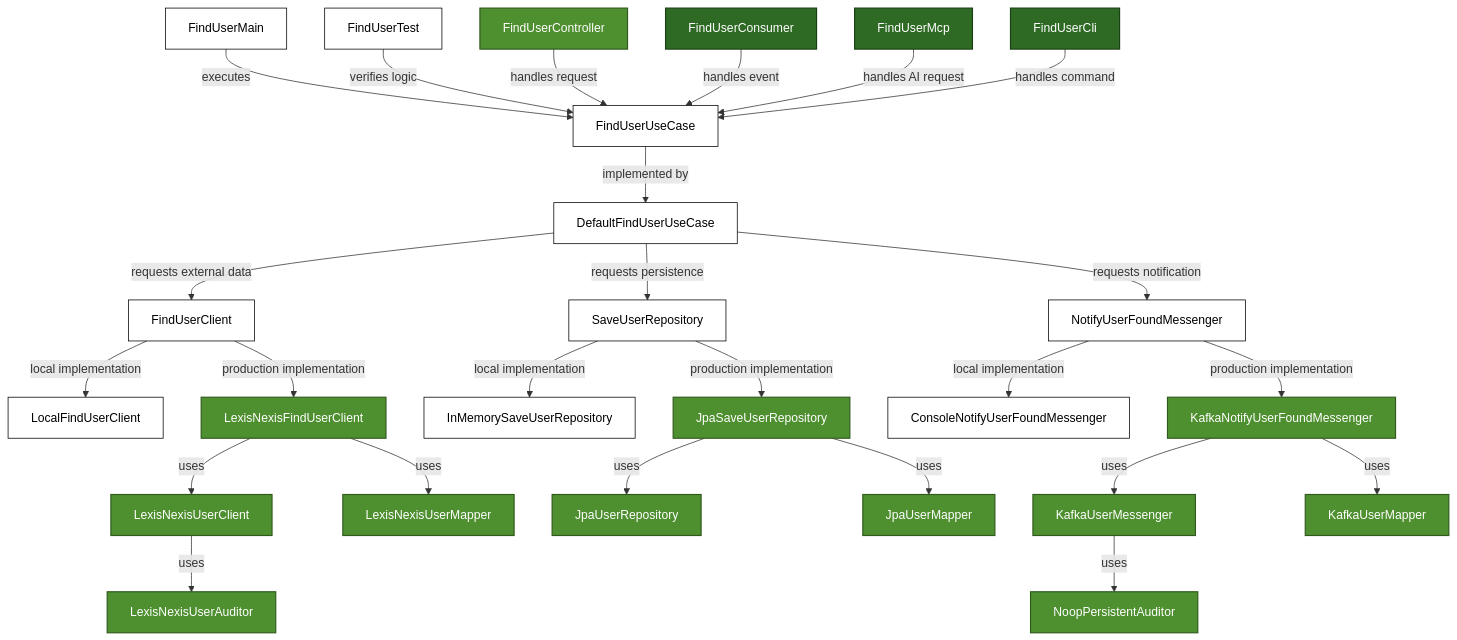
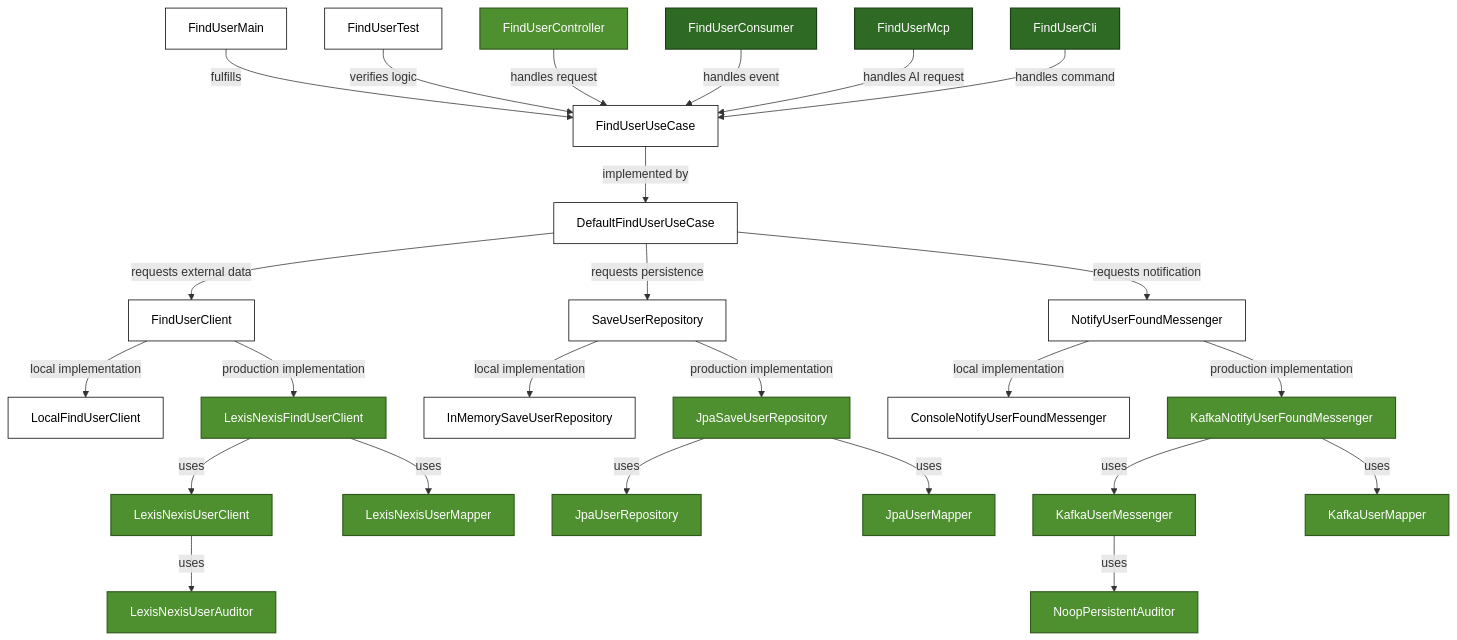
Before and after one commit to hermi-projects/hermi: the diagram in README.md, drawn with Mermaid. The commit also changed other lines of this file, not shown here.

````diff
--- a/README.md
+++ b/README.md
@@ -739,65 +740,65 @@
 ```mermaid
 graph TD
     %% Main Shell
-    S_Main[FindUserMain] -->|executes| U_UseCase
+    S_Main[FindUserMain] -->|fulfills| U_UseCase
 
     %% JUnit Shell
     S_JUnit[FindUserTest] -->|verifies logic| U_UseCase
     
     %% API Shell
     S_Api[FindUserController] -->|handles request| U_UseCase
 
     %% Consumer Shell
     S_Consumer[FindUserConsumer] -->|handles event| U_UseCase
 
     %% AI Shell
     S_Ai[FindUserMcp] -->|handles AI request| U_UseCase
 
     %% CLI Shell
     S_Cli[FindUserCli] -->|handles command| U_UseCase
 
     %% Use Case Interface -> Default Implementation
     U_UseCase[FindUserUseCase] -->|implemented by| U_Default[DefaultFindUserUseCase]
     
     %% Default Implementation -> Contracts
     U_Default -->|requests external data| U_Client[FindUserClient]
     U_Default -->|requests persistence| U_Repo[SaveUserRepository]
     U_Default -->|requests notification| U_Messenger[NotifyUserFoundMessenger]
 
     %% Local Implementations
     U_Client -->|local implementation| A_LocalClient[LocalFindUserClient]
     U_Repo -->|local implementation| A_LocalRepo[InMemorySaveUserRepository]
     U_Messenger -->|local implementation| A_LocalMessenger[ConsoleNotifyUserFoundMessenger]
 
     %% Production Implementations
     U_Client -->|production implementation| A_ProdClient[LexisNexisFindUserClient]
     A_ProdClient -->|uses| A_VendorClient[LexisNexisUserClient]
     A_ProdClient -->|uses| A_VendorMapper[LexisNexisUserMapper]
     A_VendorClient -->|uses| A_ClientAuditor[LexisNexisUserAuditor]
 
     U_Repo -->|production implementation| A_ProdRepo[JpaSaveUserRepository]
     A_ProdRepo -->|uses| A_VendorRepo[JpaUserRepository]
     A_ProdRepo -->|uses| A_RepoMapper[JpaUserMapper]
 
     U_Messenger -->|production implementation| A_ProdMessenger[KafkaNotifyUserFoundMessenger]
     A_ProdMessenger -->|uses| A_VendorMessenger[KafkaUserMessenger]
     A_ProdMessenger -->|uses| A_MessengerMapper[KafkaUserMapper]
     A_VendorMessenger -->|uses| A_MessengerAuditor[NoopPersistentAuditor]
 
     %% Styling
     classDef s_local fill:#FFFFFF,color:#000000,stroke:#000000,stroke-width:1px
     classDef s_api fill:#4E8F2F,color:#FFFFFF,stroke:#2F5A1C,stroke-width:1.5px
     classDef s_other fill:#2E6A24,color:#FFFFFF,stroke:#1B3F15,stroke-width:1.5px
     classDef core fill:#FFFFFF,color:#000000,stroke:#000000,stroke-width:1px
 
     %% Assign classes
     class S_Main,A_LocalClient,A_LocalRepo,A_LocalMessenger s_local
     class S_Api s_api
     class S_Consumer,S_Ai,S_Cli s_other
     class S_JUnit core
     class U_UseCase,U_Default,U_Client,U_Repo,U_Messenger core
     class A_ProdClient,A_ProdRepo,A_ProdMessenger s_api
     class A_VendorClient,A_VendorRepo,A_VendorMessenger s_api
     class A_VendorMapper,A_RepoMapper,A_MessengerMapper s_api
     class A_ClientAuditor,A_MessengerAuditor s_api
 ```
````
